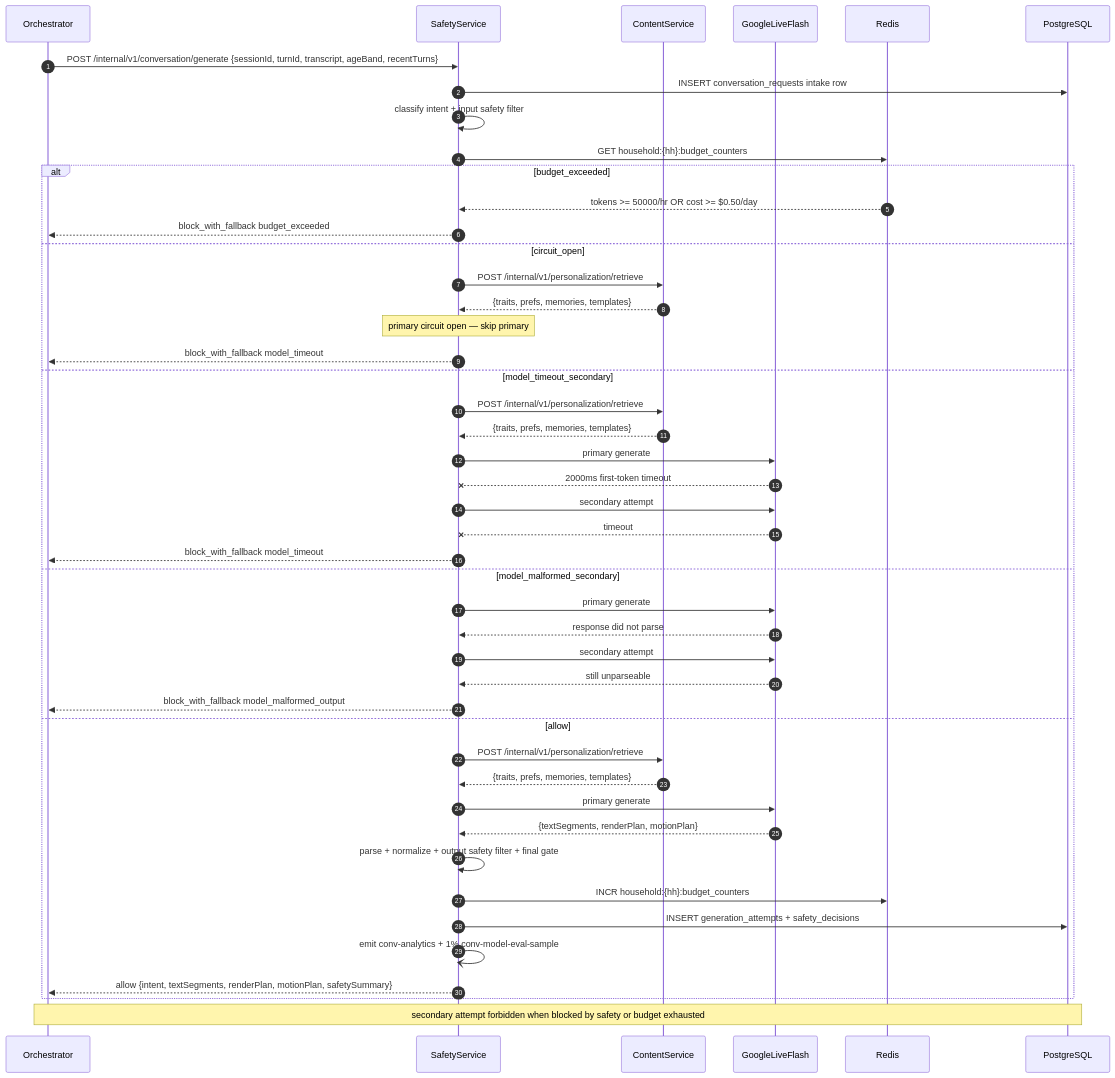
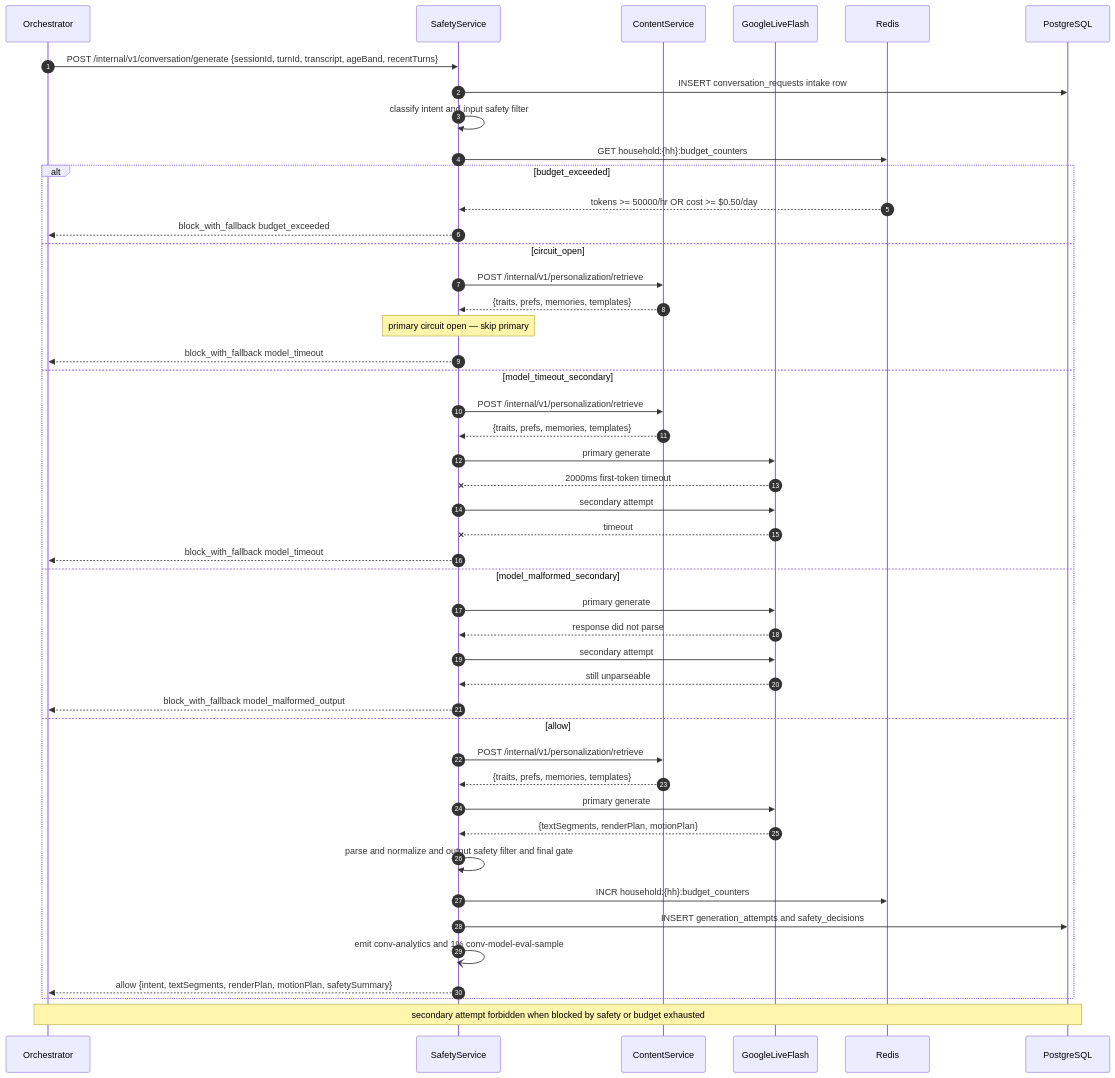
One commit to JSR-Algo/TJBOT-Mobile changed the diagram in migrate-ui-ux-to-mobile-app-docs/sequences/05-safety/generation-pipeline.sequence.mmd. Above: the diagram before and after it, drawn with Mermaid. The commit also changed 752 other files, not shown here.

```diff
--- a/migrate-ui-ux-to-mobile-app-docs/sequences/05-safety/generation-pipeline.sequence.mmd
+++ b/migrate-ui-ux-to-mobile-app-docs/sequences/05-safety/generation-pipeline.sequence.mmd
@@ -1,72 +1,72 @@
 ---
 system: sys-05-conversation-intelligence-and-safety
 flow_id: generation-pipeline
 surface: internal-RPC
 spec_anchor: /software/systems/05-conversation-intelligence-and-safety#request-lifecycle
 actors: [Orchestrator, SafetyService, ContentService, GoogleLiveFlash, Redis, PostgreSQL]
 apis:
   - POST /internal/v1/conversation/generate
   - POST /internal/v1/personalization/retrieve
 externals: [GoogleLiveFlash, Redis]
 queues:
   - conv-analytics
   - conv-model-eval-sample
 failure_paths:
   - budget_exceeded
   - model_timeout_secondary
   - model_malformed_secondary
   - circuit_open
   - provider_unavailable
 idempotency: turnId — duplicate yields CONV_DUPLICATE_TURN
 retry: secondary attempt allowed on transport failure / timeout / malformed JSON — not allowed after safety block or budget exhaustion
 timeout: input safety 500ms, LLM first token 2000ms, LLM complete 15000ms — fail-closed on safety
 status: final
 ---
 %% HAND-AUTHORED — sys-05 §14 request lifecycle (7 phases, no sequenceDiagram in spec).
 sequenceDiagram
     autonumber
     participant Orchestrator
     participant SafetyService
     participant ContentService
     participant GoogleLiveFlash
     participant Redis
     participant PostgreSQL
 
     Orchestrator->>SafetyService: POST /internal/v1/conversation/generate {sessionId, turnId, transcript, ageBand, recentTurns}
     SafetyService->>PostgreSQL: INSERT conversation_requests intake row
-    SafetyService->>SafetyService: classify intent + input safety filter
+    SafetyService->>SafetyService: classify intent and input safety filter
     SafetyService->>Redis: GET household:{hh}:budget_counters
     alt budget_exceeded
         Redis-->>SafetyService: tokens >= 50000/hr OR cost >= $0.50/day
         SafetyService-->>Orchestrator: block_with_fallback budget_exceeded
     else circuit_open
         SafetyService->>ContentService: POST /internal/v1/personalization/retrieve
         ContentService-->>SafetyService: {traits, prefs, memories, templates}
         Note over SafetyService: primary circuit open — skip primary
         SafetyService-->>Orchestrator: block_with_fallback model_timeout
     else model_timeout_secondary
         SafetyService->>ContentService: POST /internal/v1/personalization/retrieve
         ContentService-->>SafetyService: {traits, prefs, memories, templates}
         SafetyService->>GoogleLiveFlash: primary generate
         GoogleLiveFlash--xSafetyService: 2000ms first-token timeout
         SafetyService->>GoogleLiveFlash: secondary attempt
         GoogleLiveFlash--xSafetyService: timeout
         SafetyService-->>Orchestrator: block_with_fallback model_timeout
     else model_malformed_secondary
         SafetyService->>GoogleLiveFlash: primary generate
         GoogleLiveFlash-->>SafetyService: response did not parse
         SafetyService->>GoogleLiveFlash: secondary attempt
         GoogleLiveFlash-->>SafetyService: still unparseable
         SafetyService-->>Orchestrator: block_with_fallback model_malformed_output
     else allow
         SafetyService->>ContentService: POST /internal/v1/personalization/retrieve
         ContentService-->>SafetyService: {traits, prefs, memories, templates}
         SafetyService->>GoogleLiveFlash: primary generate
         GoogleLiveFlash-->>SafetyService: {textSegments, renderPlan, motionPlan}
-        SafetyService->>SafetyService: parse + normalize + output safety filter + final gate
+        SafetyService->>SafetyService: parse and normalize and output safety filter and final gate
         SafetyService->>Redis: INCR household:{hh}:budget_counters
-        SafetyService->>PostgreSQL: INSERT generation_attempts + safety_decisions
-        SafetyService-)SafetyService: emit conv-analytics + 1% conv-model-eval-sample
+        SafetyService->>PostgreSQL: INSERT generation_attempts and safety_decisions
+        SafetyService-)SafetyService: emit conv-analytics and 1% conv-model-eval-sample
         SafetyService-->>Orchestrator: allow {intent, textSegments, renderPlan, motionPlan, safetySummary}
     end
     Note over Orchestrator,PostgreSQL: secondary attempt forbidden when blocked by safety or budget exhausted
```
